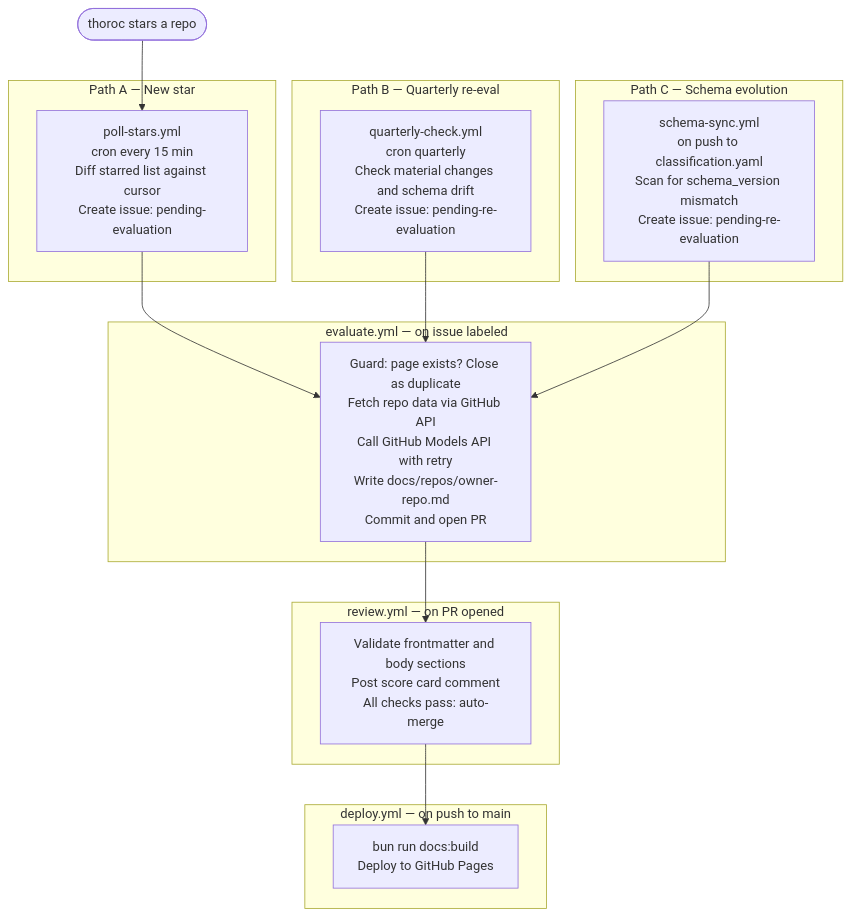
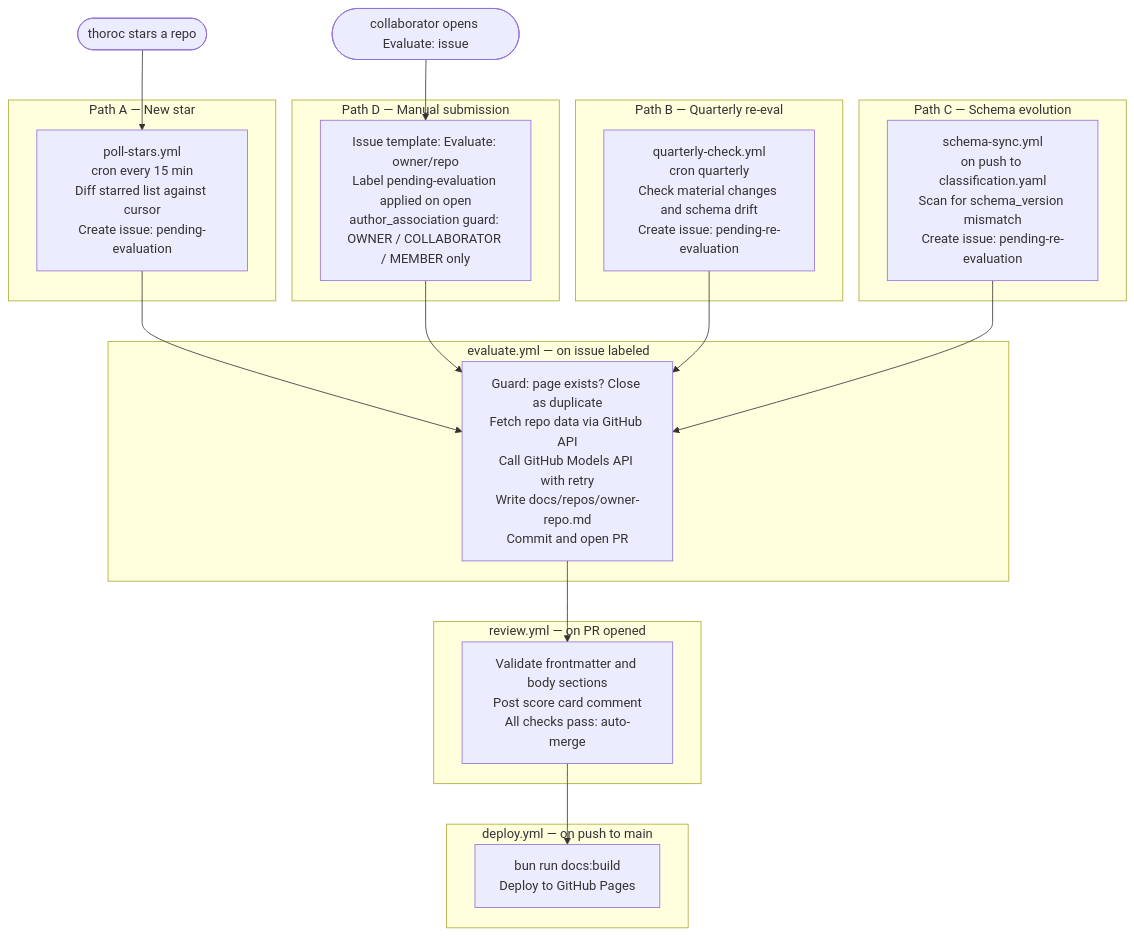
Before and after one commit to pantheon-org/odyssey: the first of 2 diagrams in .context/architecture.md, drawn with Mermaid. The commit also changed other lines of this file and 4 other files, not shown here.

First line of the commit message:
docs: add open intake via issue template (ADR-021)

````diff
--- a/.context/architecture.md
+++ b/.context/architecture.md
@@ -7,35 +7,42 @@
 ```mermaid
 flowchart TD
     Star([thoroc stars a repo])
+    Submit([collaborator opens Evaluate: issue])
 
     subgraph A["Path A — New star"]
         PS["poll-stars.yml\ncron every 15 min\nDiff starred list against cursor\nCreate issue: pending-evaluation"]
     end
 
     subgraph B["Path B — Quarterly re-eval"]
         QC["quarterly-check.yml\ncron quarterly\nCheck material changes and schema drift\nCreate issue: pending-re-evaluation"]
     end
 
     subgraph C["Path C — Schema evolution"]
         SS["schema-sync.yml\non push to classification.yaml\nScan for schema_version mismatch\nCreate issue: pending-re-evaluation"]
+    end
+
+    subgraph D["Path D — Manual submission"]
+        IT["Issue template: Evaluate: owner/repo\nLabel pending-evaluation applied on open\nauthor_association guard: OWNER / COLLABORATOR / MEMBER only"]
     end
 
     subgraph Eval["evaluate.yml — on issue labeled"]
         EV["Guard: page exists? Close as duplicate\nFetch repo data via GitHub API\nCall GitHub Models API with retry\nWrite docs/repos/owner-repo.md\nCommit and open PR"]
     end
 
     subgraph Rev["review.yml — on PR opened"]
         RV["Validate frontmatter and body sections\nPost score card comment\nAll checks pass: auto-merge"]
     end
 
     subgraph Dep["deploy.yml — on push to main"]
         DP["bun run docs:build\nDeploy to GitHub Pages"]
     end
 
     Star --> PS
+    Submit --> IT
     PS --> EV
+    IT --> EV
     QC --> EV
     SS --> EV
     EV --> RV
     RV --> DP
 ```
````
